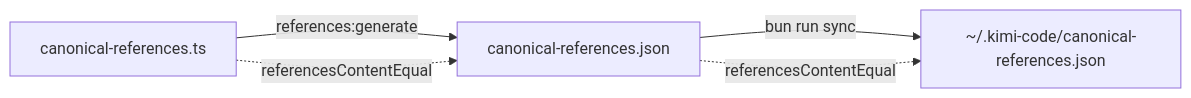
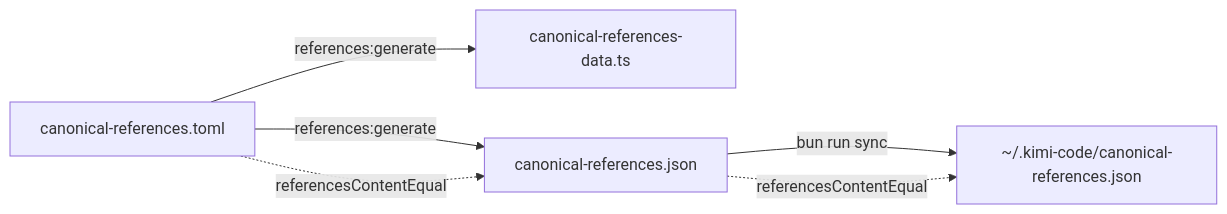
The first of 2 diagrams in docs/references/canonical-references-system.md (brendadeeznuts1111/kimi-toolchain), drawn with Mermaid before and after one commit. The commit also changed other lines of this file and 84 other files, not shown here.

Commit message:
feat(canonical-references): Bun-native manifest validator, TOML SSOT, snapshot tests, example fixes

````diff
--- a/docs/references/canonical-references-system.md
+++ b/docs/references/canonical-references-system.md
@@ -136,10 +150,12 @@
 ```mermaid
 flowchart LR
-  TS["canonical-references.ts"]
+  TOML["canonical-references.toml"]
+  DATA["canonical-references-data.ts"]
   JSON["canonical-references.json"]
   RT["~/.kimi-code/canonical-references.json"]
-  TS -->|references:generate| JSON
+  TOML -->|references:generate| DATA
+  TOML -->|references:generate| JSON
   JSON -->|bun run sync| RT
-  TS -.->|referencesContentEqual| JSON
+  TOML -.->|referencesContentEqual| JSON
   JSON -.->|referencesContentEqual| RT
 ```
````
